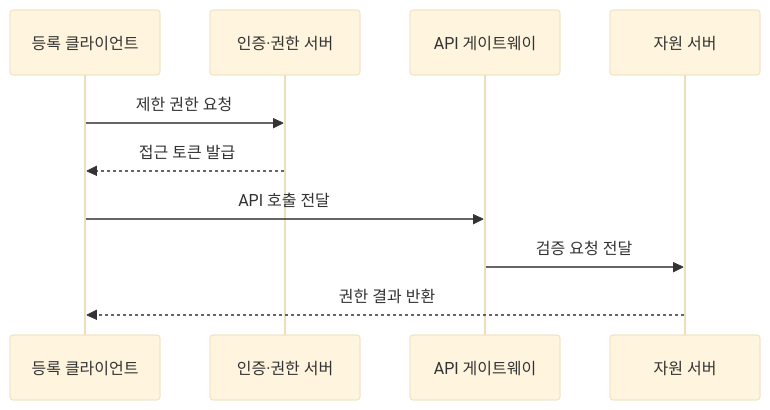
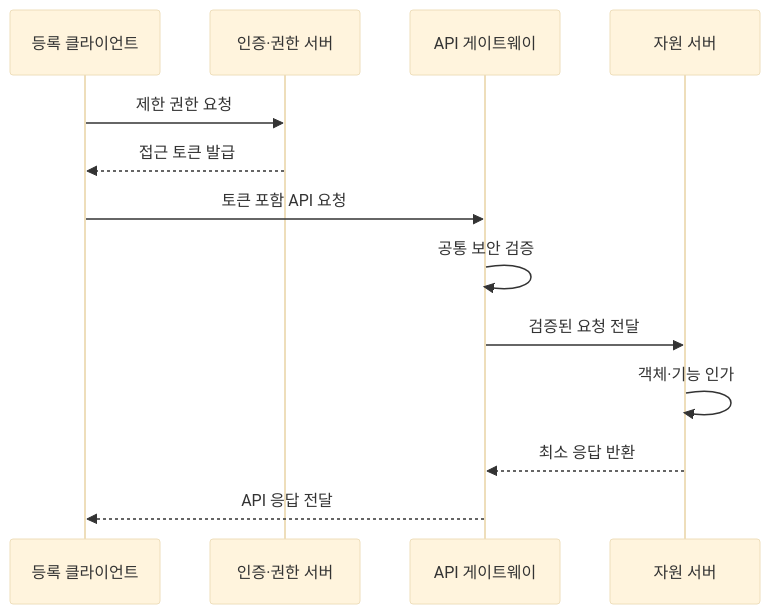
The second of 2 diagrams in src/content/docs/notes/05-security/053_secure_api_design.md (agnusdei1207/knowledge-base), drawn with Mermaid (base theme) before and after one commit. The commit also changed other lines of this file and 31 other files, not shown here.

````diff
--- a/src/content/docs/notes/05-security/053_secure_api_design.md
+++ b/src/content/docs/notes/05-security/053_secure_api_design.md
@@ -86,12 +82,15 @@
 ```mermaid
 sequenceDiagram
     participant C as 등록 클라이언트
     participant A as 인증·권한 서버
     participant G as API 게이트웨이
     participant R as 자원 서버
     C->>A: 제한 권한 요청
     A-->>C: 접근 토큰 발급
-    C->>G: API 호출 전달
-    G->>R: 검증 요청 전달
-    R-->>C: 권한 결과 반환
+    C->>G: 토큰 포함 API 요청
+    G->>G: 공통 보안 검증
+    G->>R: 검증된 요청 전달
+    R->>R: 객체·기능 인가
+    R-->>G: 최소 응답 반환
+    G-->>C: API 응답 전달
 ```
````
